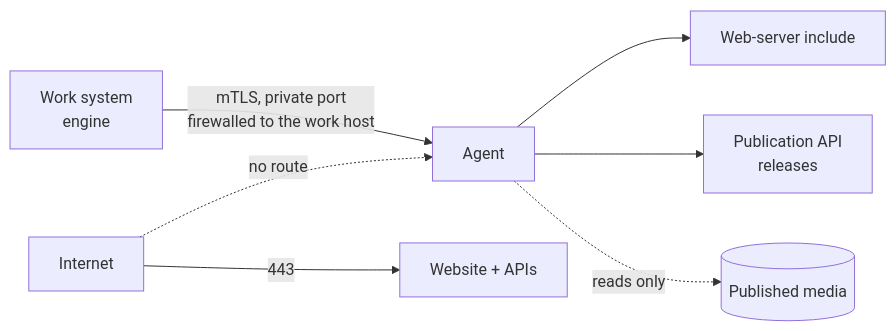
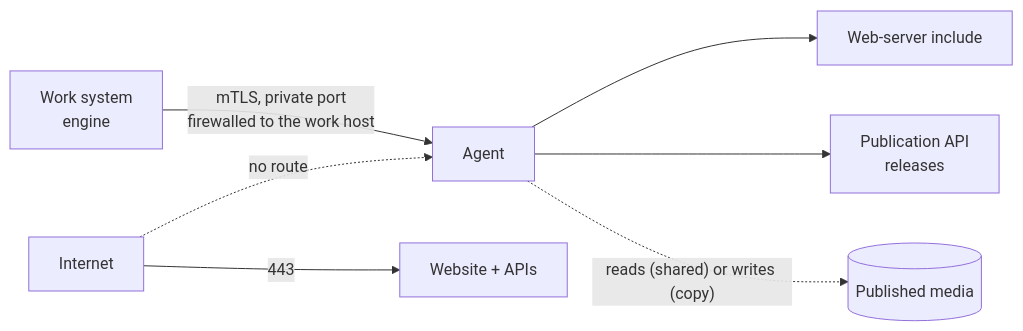
The diagram in docs/install/publication_host.md (renderpci/dedalo), drawn with Mermaid before and after one commit. The commit also changed other lines of this file and 11 other files, not shown here.

````diff
--- a/docs/install/publication_host.md
+++ b/docs/install/publication_host.md
@@ -46,9 +111,9 @@
 ```mermaid
 flowchart LR
     W[Work system<br/>engine] -->|mTLS, private port<br/>firewalled to the work host| A[Agent]
     A --> R[Web-server include]
     A --> P[Publication API<br/>releases]
-    A -.->|reads only| M[(Published media)]
+    A -.->|"reads (shared) or writes (copy)"| M[(Published media)]
     X[Internet] -->|443| WEB[Website + APIs]
     X -. no route .-> A
 ```
````
